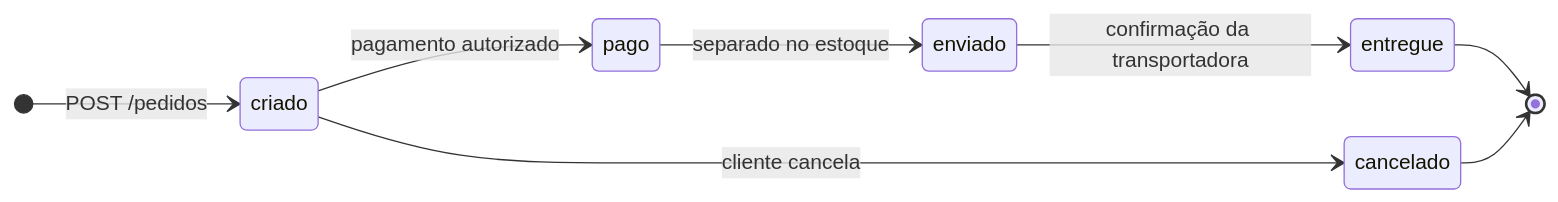
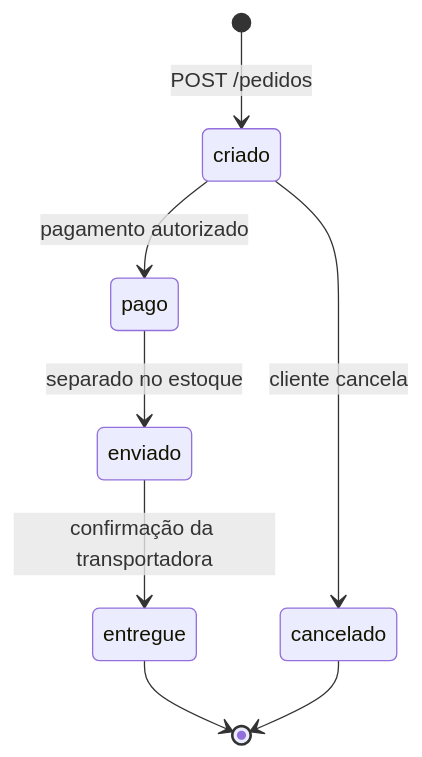
The first of 2 diagrams in docs/arquitetura.md (edtroleis/techdocs-pedidos-service), drawn with Mermaid before and after one commit.

Commit message:
docs: vertical order lifecycle diagram for readability

````diff
--- a/docs/arquitetura.md
+++ b/docs/arquitetura.md
@@ -5,11 +5,10 @@
 ```mermaid
 stateDiagram-v2
-    direction LR
     [*] --> criado : POST /pedidos
     criado --> pago : pagamento autorizado
     criado --> cancelado : cliente cancela
     pago --> enviado : separado no estoque
     enviado --> entregue : confirmação da transportadora
     entregue --> [*]
     cancelado --> [*]
 ```
````
